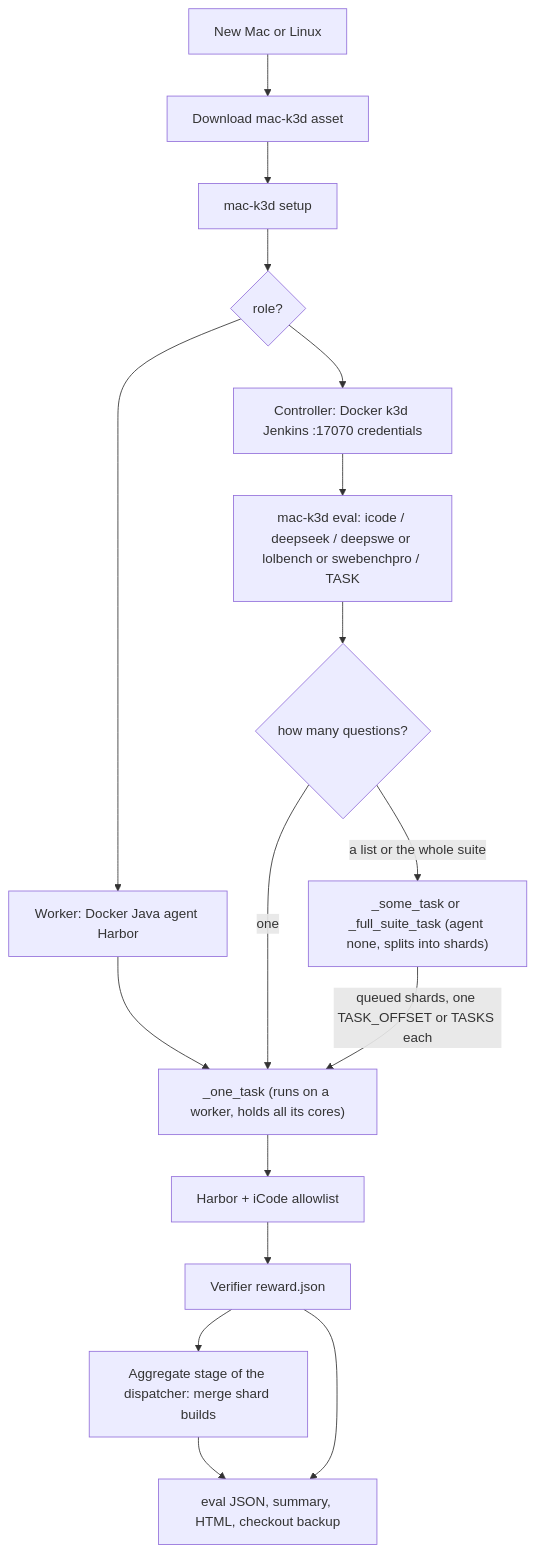
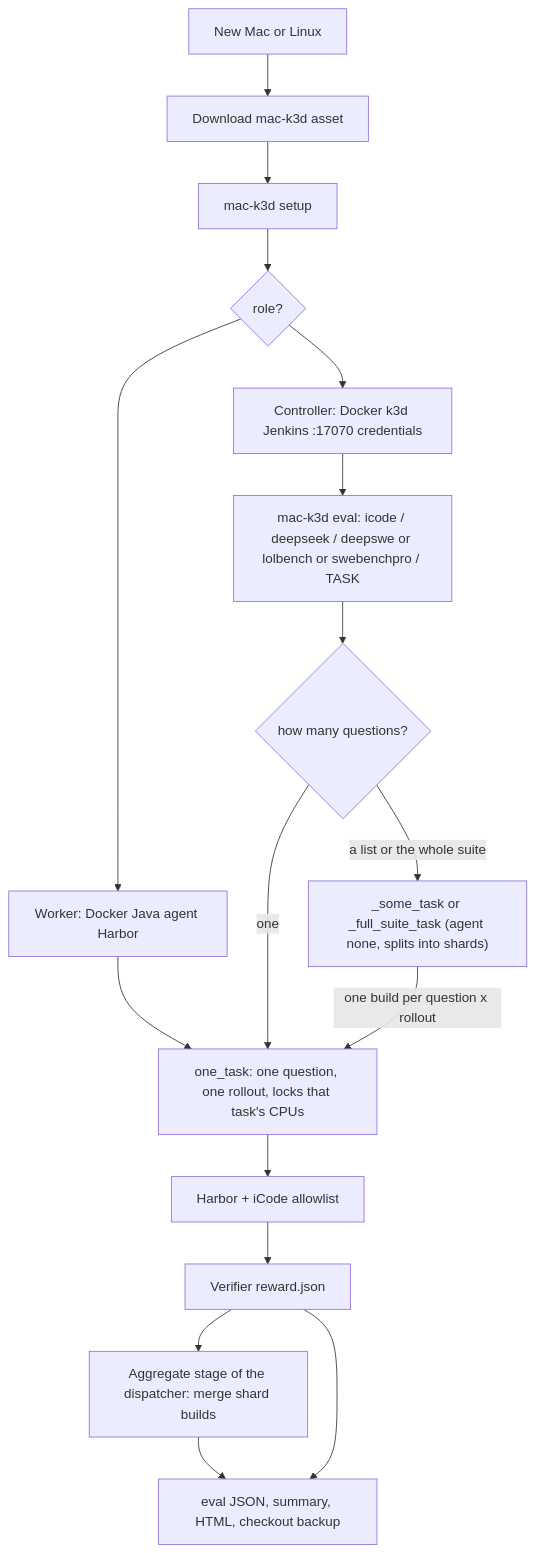
Before and after one commit to MichaelLing83/mac-k3d: the diagram in docs/workflow.md, drawn with Mermaid. The commit also changed other lines of this file and 15 other files, not shown here.

````diff
--- a/docs/workflow.md
+++ b/docs/workflow.md
@@ -42,32 +28,32 @@
 ```mermaid
 flowchart TD
   newHost["New Mac or Linux"]
   bin["Download mac-k3d asset"]
   setup["mac-k3d setup"]
   role{"role?"}
   ctrl["Controller: Docker k3d Jenkins :17070 credentials"]
   work["Worker: Docker Java agent Harbor"]
   evalCli["mac-k3d eval: icode / deepseek / deepswe or lolbench or swebenchpro / TASK"]
   shape{"how many questions?"}
-  job["<benchmark>_one_task (runs on a worker, holds all its cores)"]
+  job["one_task: one question, one rollout, locks that task's CPUs"]
   disp["<benchmark>_some_task or _full_suite_task (agent none, splits into shards)"]
   harborA["Harbor + iCode allowlist"]
   grade["Verifier reward.json"]
   agg["Aggregate stage of the dispatcher: merge shard builds"]
   json["eval JSON, summary, HTML, checkout backup"]
 
   newHost --> bin --> setup --> role
   role --> ctrl
   role --> work
   ctrl --> evalCli
   work --> job
   evalCli --> shape
   shape -->|one| job
   shape -->|a list or the whole suite| disp
-  disp -->|queued shards, one TASK_OFFSET or TASKS each| job
+  disp -->|one build per question x rollout| job
   job --> harborA
   harborA --> grade
   grade --> agg
   agg --> json
   grade --> json
 ```
````
